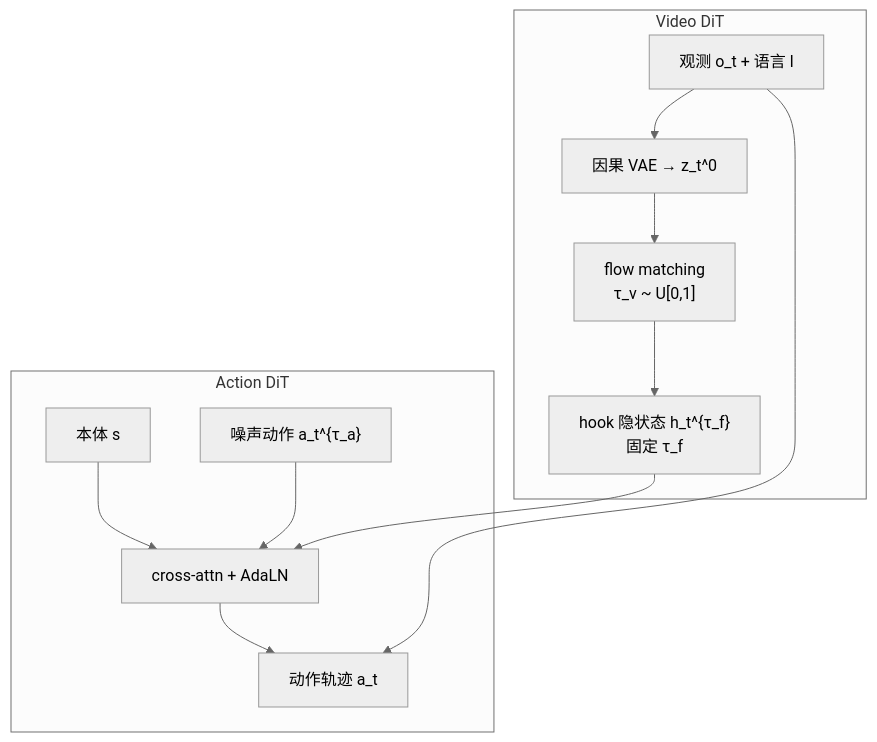
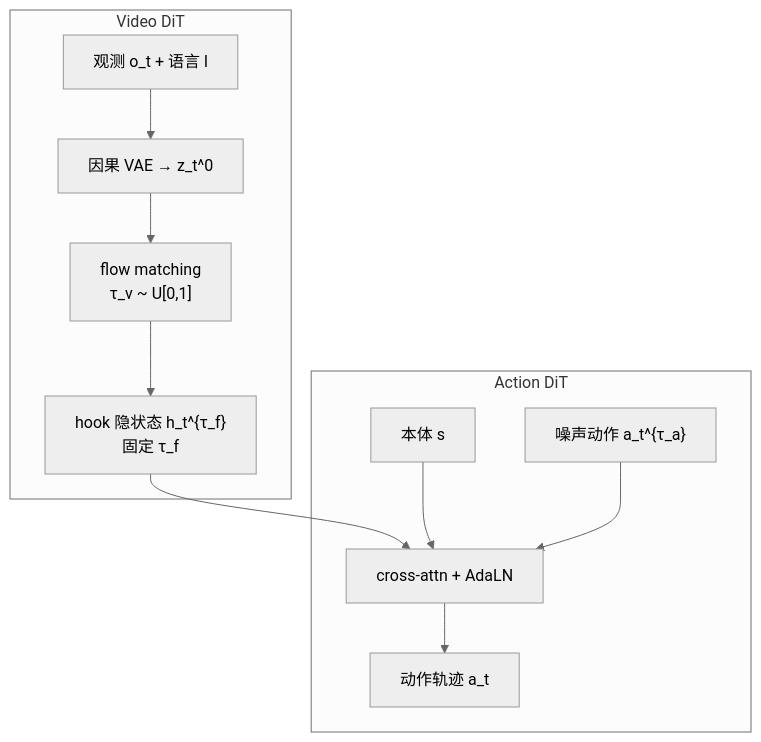
Before and after one commit to ImChong/Robotics_Notebooks: the first of 2 diagrams in wiki/entities/paper-dit4dit-video-action-model.md, drawn with Mermaid (neutral theme). The commit also changed other lines of this file and 208 other files, not shown here.

Commit message:
[2026-11-14] ingest | roadmap/depth-wam.md — 补齐 WAM 全部节点原文证据与满分健康度

````diff
--- a/wiki/entities/paper-dit4dit-video-action-model.md
+++ b/wiki/entities/paper-dit4dit-video-action-model.md
@@ -80,15 +82,14 @@
 ```mermaid
 flowchart TB
   subgraph video [Video DiT]
     OT["观测 o_t + 语言 l"] --> VAE["因果 VAE → z_t^0"]
     VAE --> VD["flow matching\nτ_v ~ U[0,1]"]
     VD --> HF["hook 隐状态 h_t^{τ_f}\n固定 τ_f"]
   end
   subgraph action [Action DiT]
     HF --> AD["cross-attn + AdaLN"]
     PROP[本体 s] --> AD
     NOISE["噪声动作 a_t^{τ_a}"] --> AD
     AD --> AT["动作轨迹 a_t"]
   end
-  OT --> AT
 ```
````
